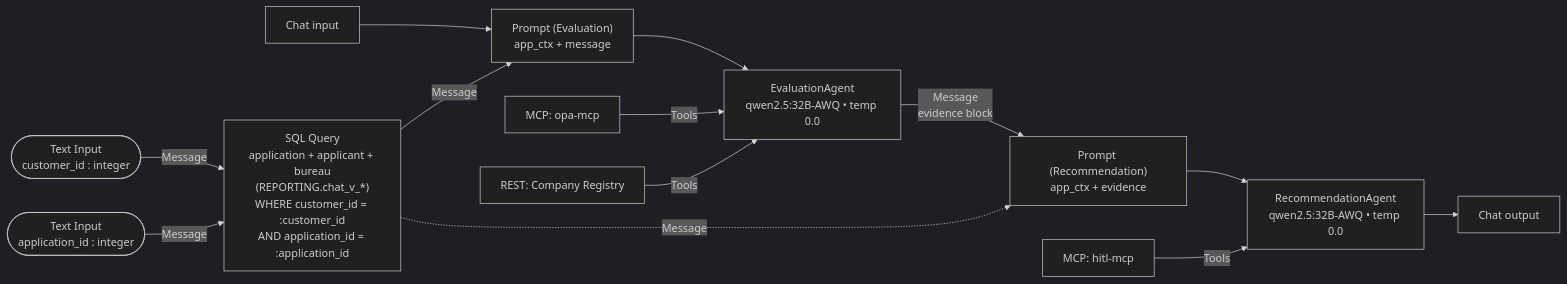
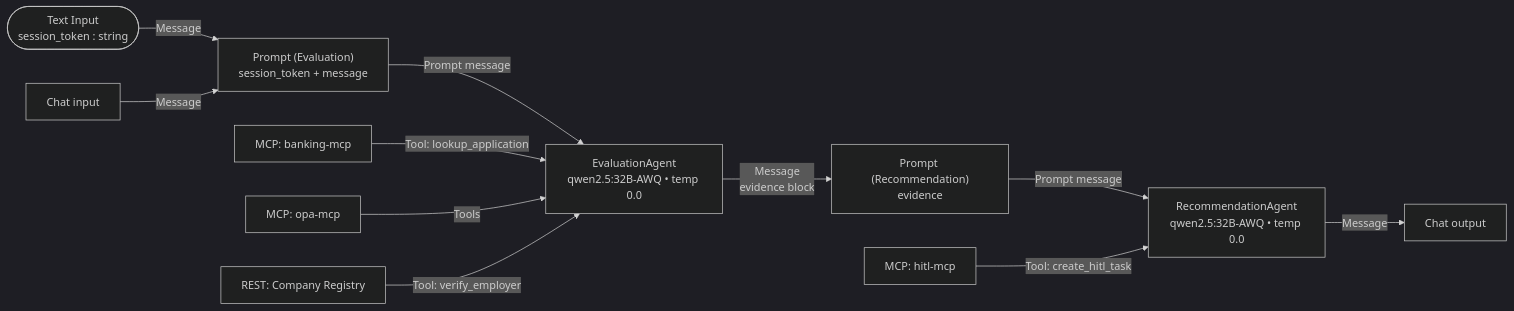
The diagram in paf/flows/CHAT_WORKFLOW.md (vmleon/oracle-database-private-agent-factory-poc), drawn with Mermaid (dark theme) before and after one commit. The commit also changed other lines of this file and 13 other files, not shown here.

Commit message:
feat(chat_workflow): add banking-mcp + auth_session trust boundary

````diff
--- a/paf/flows/CHAT_WORKFLOW.md
+++ b/paf/flows/CHAT_WORKFLOW.md
@@ -61,17 +70,15 @@
 ```mermaid
 flowchart LR
-    CID(["Text Input<br/>customer_id : integer"]) -->|Message| CTX
-    AID(["Text Input<br/>application_id : integer"]) -->|Message| CTX
-    CI["Chat input"] --> EP["Prompt (Evaluation)<br/>app_ctx + message"]
-    CTX["SQL Query<br/>application + applicant + bureau<br/>(REPORTING.chat_v_*)<br/>WHERE customer_id = :customer_id<br/>AND application_id = :application_id"] -->|Message| EP
-    EP --> EA["EvaluationAgent<br/>qwen2.5:32B-AWQ • temp 0.0"]
-    OPA["MCP: opa-mcp"] -->|Tools| EA
-    REG["REST: Company Registry"] -->|Tools| EA
+    TOK(["Text Input<br/>session_token : string"]) -->|Message| EP
+    CI["Chat input"] -->|Message| EP
+    EP["Prompt (Evaluation)<br/>session_token + message"] -->|Prompt message| EA
+    BNK["MCP: banking-mcp"] -->|Tool: lookup_application| EA
+    OPA["MCP: opa-mcp"] -->|Tools| EA["EvaluationAgent<br/>qwen2.5:32B-AWQ • temp 0.0"]
+    REG["REST: Company Registry"] -->|Tool: verify_employer| EA
 
-    EA -->|Message<br/>evidence block| RP["Prompt (Recommendation)<br/>app_ctx + evidence"]
-    CTX -.->|Message| RP
-    RP --> RA["RecommendationAgent<br/>qwen2.5:32B-AWQ • temp 0.0"]
-    HITL["MCP: hitl-mcp"] -->|Tools| RA
+    EA -->|Message<br/>evidence block| RP["Prompt (Recommendation)<br/>evidence"]
+    RP -->|Prompt message| RA["RecommendationAgent<br/>qwen2.5:32B-AWQ • temp 0.0"]
+    HITL["MCP: hitl-mcp"] -->|Tool: create_hitl_task| RA
 
-    RA --> CO["Chat output"]
+    RA -->|Message| CO["Chat output"]
 ```
````
